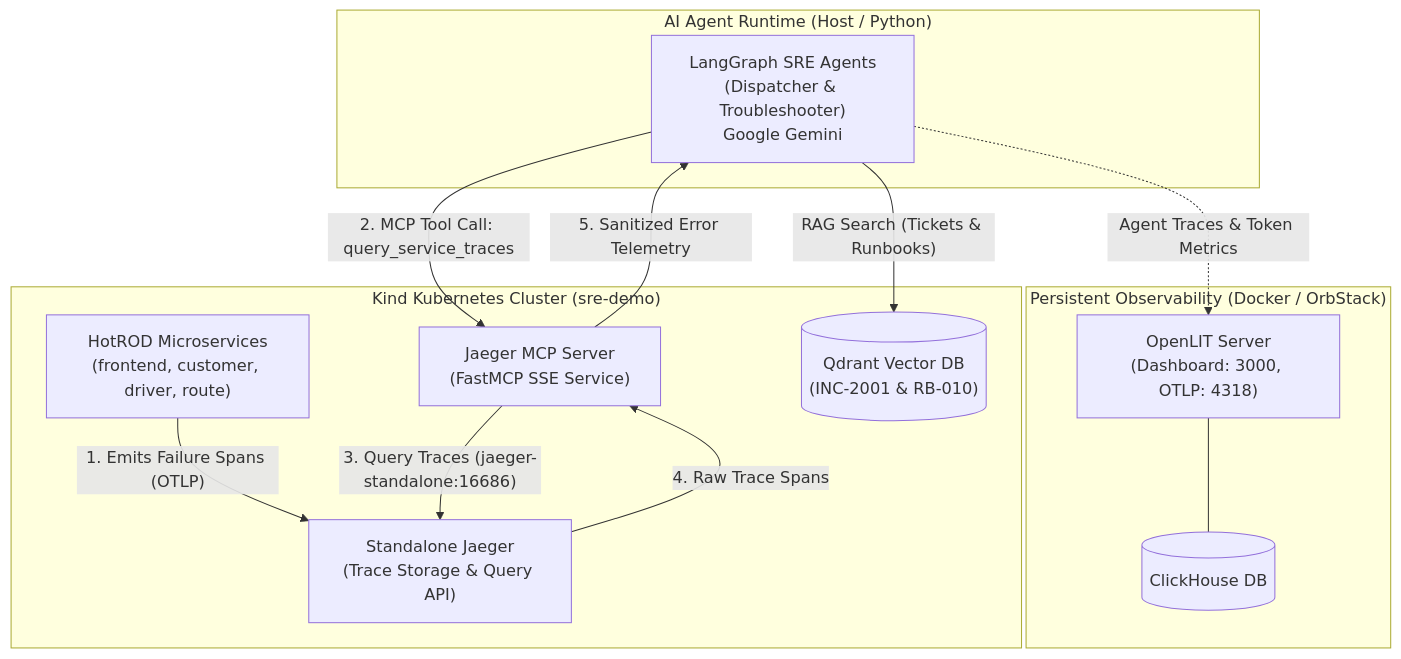
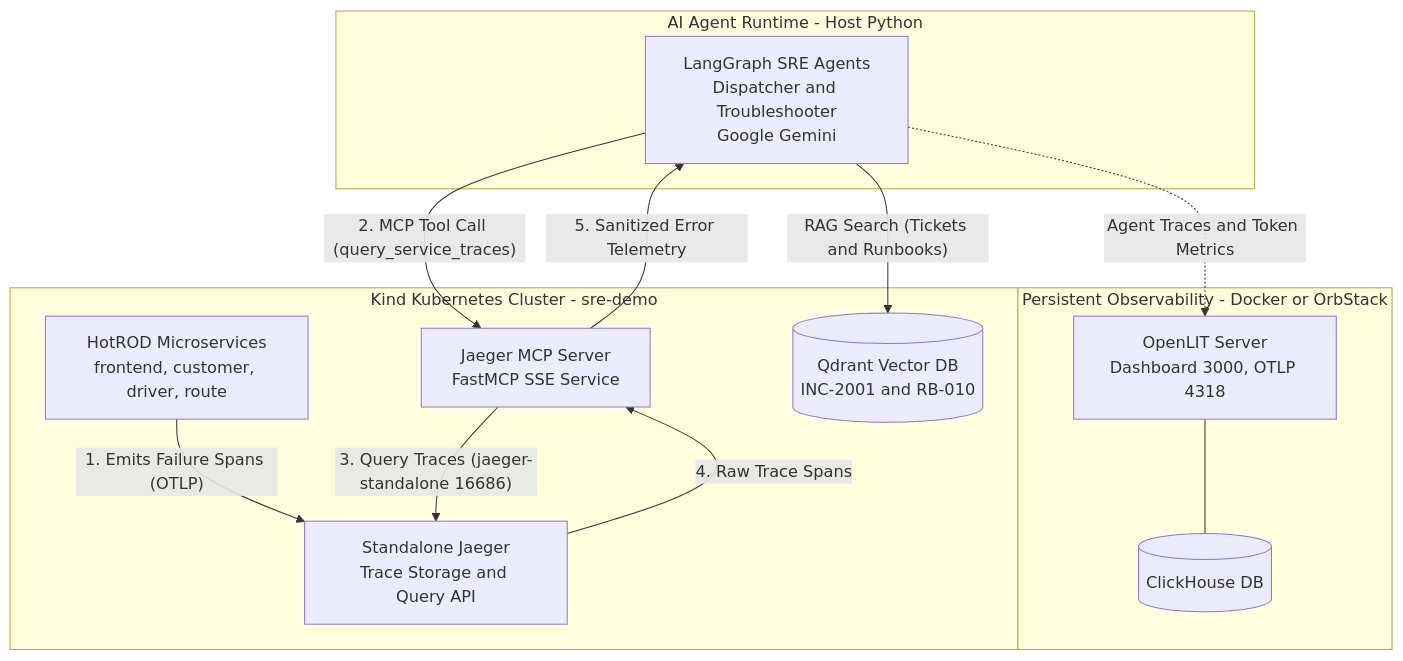
One commit to hbill75/observe-sre-triage-agent changed the diagram in README.md. Above: the diagram before and after it, drawn with Mermaid.

Commit message:
docs: Diagram fix 3

````diff
--- a/README.md
+++ b/README.md
@@ -9,28 +9,28 @@
 ```mermaid
 flowchart TD
-    subgraph Host_Observability["Persistent Observability (Docker / OrbStack)"]
-        OL["OpenLIT Server<br>(Dashboard: 3000, OTLP: 4318)"]
+    subgraph Host_Observability [Persistent Observability - Docker or OrbStack]
+        OL["OpenLIT Server<br>Dashboard 3000, OTLP 4318"]
         CH[("ClickHouse DB")]
         OL --- CH
     end
 
-    subgraph Agent_Runtime["AI Agent Runtime (Host / Python)"]
-        AG["LangGraph SRE Agents<br>(Dispatcher & Troubleshooter)<br>Google Gemini"]
-        AG -.->|"Agent Traces & Token Metrics"| OL
+    subgraph Agent_Runtime [AI Agent Runtime - Host Python]
+        AG["LangGraph SRE Agents<br>Dispatcher and Troubleshooter<br>Google Gemini"]
+        AG -. "Agent Traces and Token Metrics" .-> OL
     end
 
-    subgraph K8s_Cluster["Kind Kubernetes Cluster (sre-demo)"]
-        HR["HotROD Microservices<br>(frontend, customer, driver, route)"]
-        JG["Standalone Jaeger<br>(Trace Storage & Query API)"]
-        MCP["Jaeger MCP Server<br>(FastMCP SSE Service)"]
-        QD[("Qdrant Vector DB<br>(INC-2001 & RB-010)")]
+    subgraph K8s_Cluster [Kind Kubernetes Cluster - sre-demo]
+        HR["HotROD Microservices<br>frontend, customer, driver, route"]
+        JG["Standalone Jaeger<br>Trace Storage and Query API"]
+        MCP["Jaeger MCP Server<br>FastMCP SSE Service"]
+        QD[("Qdrant Vector DB<br>INC-2001 and RB-010")]
 
         HR -->|"1. Emits Failure Spans (OTLP)"| JG
-        MCP -->|"3. Query Traces (jaeger-standalone:16686)"| JG
+        MCP -->|"3. Query Traces (jaeger-standalone 16686)"| JG
         JG -->|"4. Raw Trace Spans"| MCP
     end
 
-    AG -->|"RAG Search (Tickets & Runbooks)"| QD
-    AG -->|"2. MCP Tool Call: query_service_traces"| MCP
+    AG -->|"RAG Search (Tickets and Runbooks)"| QD
+    AG -->|"2. MCP Tool Call (query_service_traces)"| MCP
     MCP -->|"5. Sanitized Error Telemetry"| AG
 ```
````
